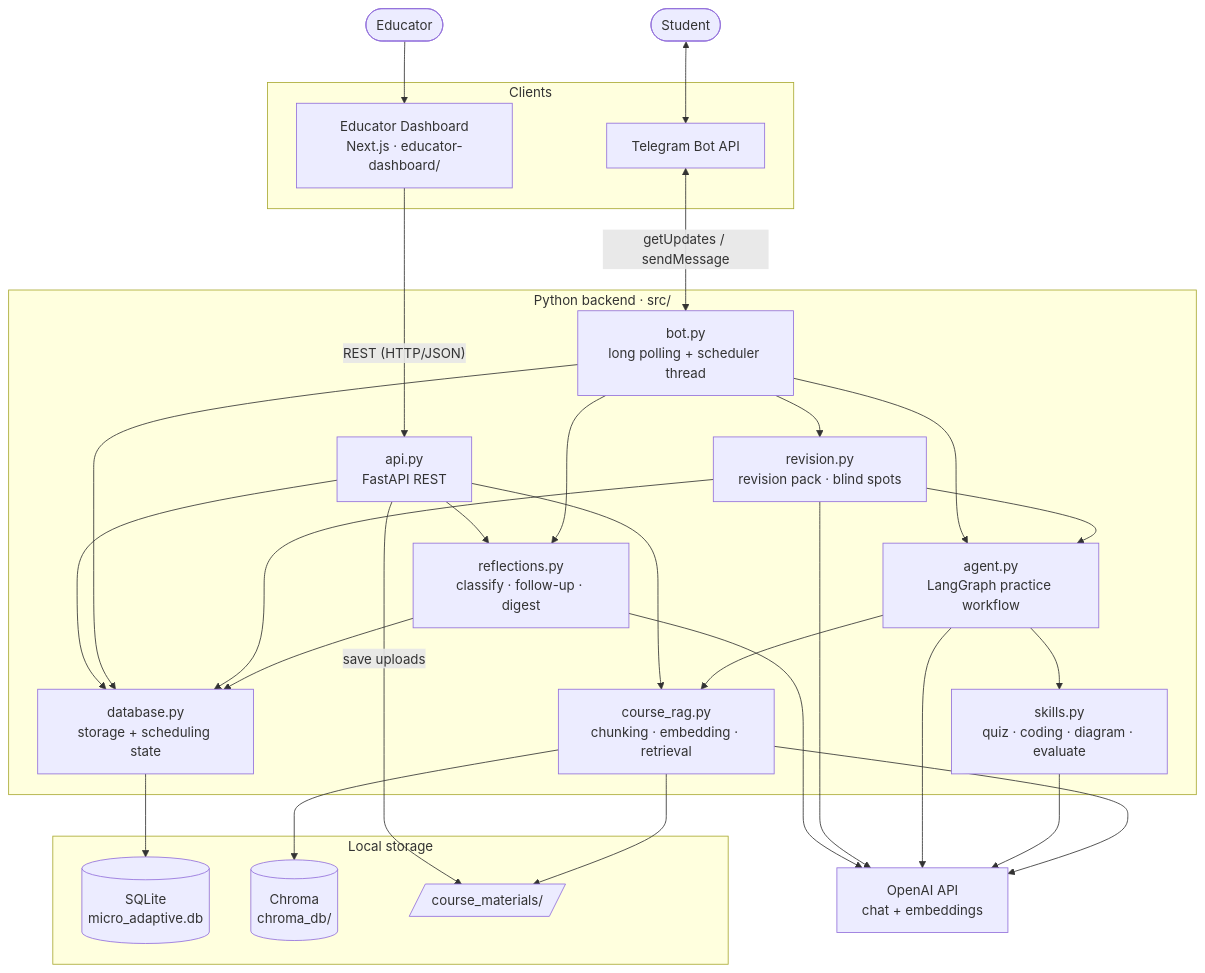
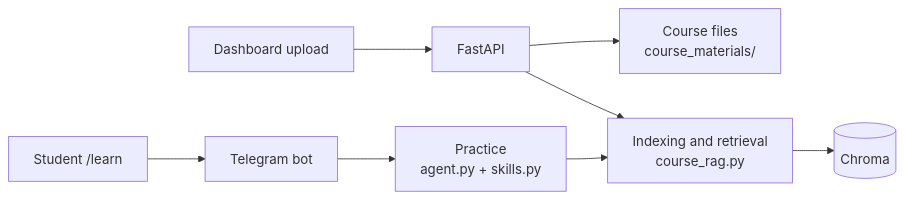
Before and after one commit to zihanzhao94/Micro-Adaptive: the second of 2 diagrams in README.md, drawn with Mermaid. The commit also changed other lines of this file and 3 other files, not shown here.

Commit message:
docs: clarify architecture and local setup

````diff
--- a/README.md
+++ b/README.md
@@ -11,56 +89,10 @@
 ```mermaid
-flowchart TB
-    educator([Educator])
-    student([Student])
-
-    subgraph clients["Clients"]
-        dashboard["Educator Dashboard<br/>Next.js · educator-dashboard/"]
-        telegram["Telegram Bot API"]
-    end
-
-    subgraph backend["Python backend · src/"]
-        api["api.py<br/>FastAPI REST"]
-        bot["bot.py<br/>long polling + scheduler thread"]
-        reflections["reflections.py<br/>classify · follow-up · digest"]
-        revision["revision.py<br/>revision pack · blind spots"]
-        agent["agent.py<br/>LangGraph practice workflow"]
-        skills["skills.py<br/>quiz · coding · diagram · evaluate"]
-        rag["course_rag.py<br/>chunking · embedding · retrieval"]
-        db["database.py<br/>storage + scheduling state"]
-    end
-
-    subgraph storage["Local storage"]
-        sqlite[("SQLite<br/>micro_adaptive.db")]
-        chroma[("Chroma<br/>chroma_db/")]
-        files[/"course_materials/"/]
-    end
-
-    openai["OpenAI API<br/>chat + embeddings"]
-
-    educator --> dashboard
-    student <--> telegram
-    dashboard -- "REST (HTTP/JSON)" --> api
-    telegram <-- "getUpdates / sendMessage" --> bot
-
-    api --> reflections
-    api --> rag
-    api --> db
-    api -- "save uploads" --> files
-
-    bot --> reflections
-    bot --> revision
-    bot --> agent
-    bot --> db
-
-    revision --> agent
-    revision --> db
-    reflections --> db
-    agent --> skills
+flowchart LR
+    upload[Dashboard upload] --> api[FastAPI]
+    api --> files["Course files<br/>course_materials/"]
+    api --> rag["Indexing and retrieval<br/>course_rag.py"]
+    rag --> chroma[(Chroma)]
+    student["Student /learn"] --> bot[Telegram bot]
+    bot --> agent["Practice<br/>agent.py + skills.py"]
     agent --> rag
-
-    db --> sqlite
-    rag --> chroma
-    rag --> files
-
-    reflections & revision & agent & skills & rag --> openai
 ```
````
